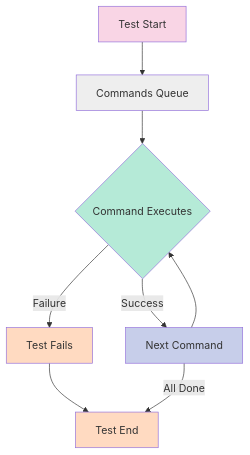
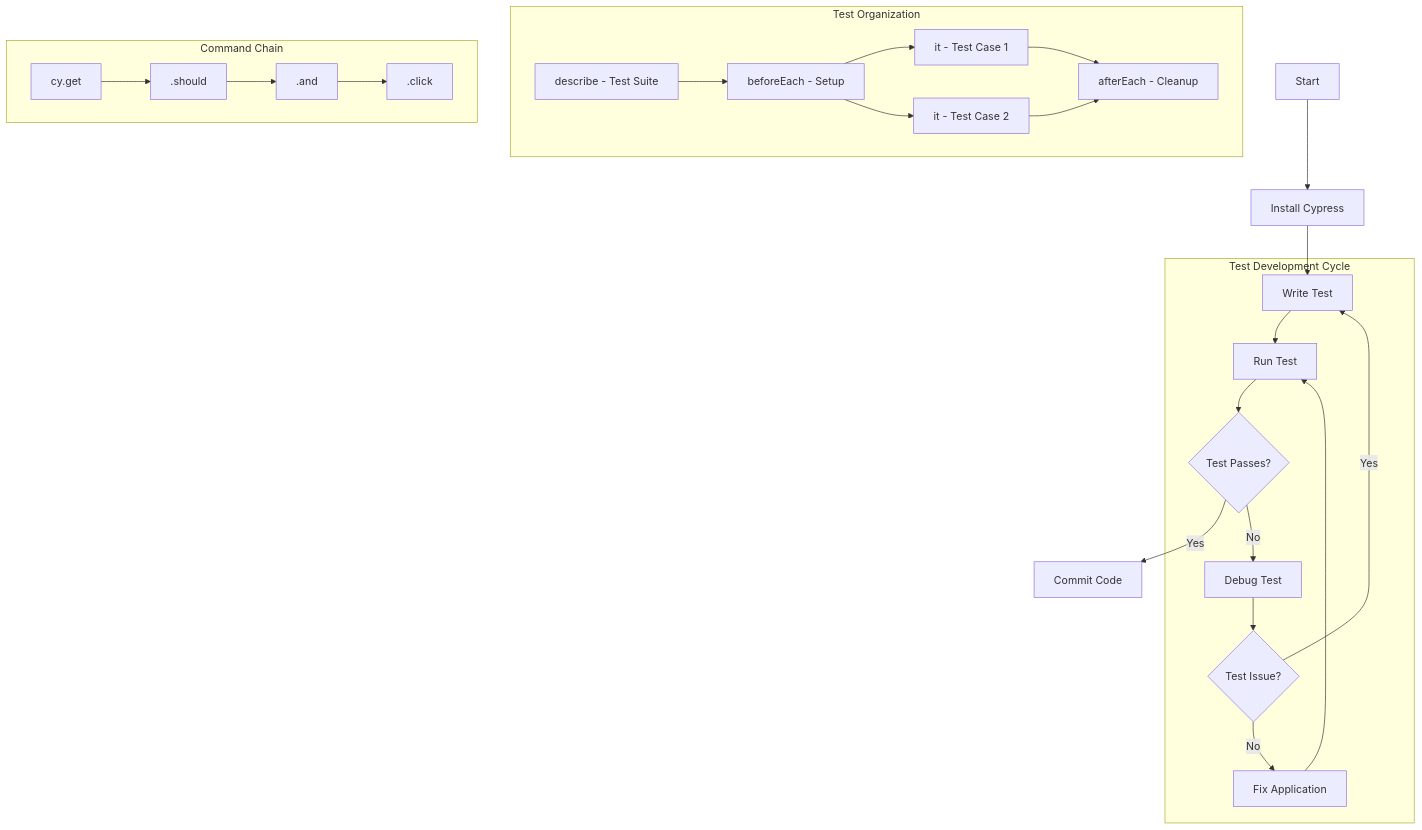
One commit to wahidyankf/oss changed the diagram in apps-standalone/ayokoding-web/content/en/learn/crash-courses/swe/stacks/automation/cypress/basics.md. Above: the diagram before and after it, drawn with Mermaid. The commit also changed other lines of this file and 40 other files, not shown here.

````diff
--- a/apps-standalone/ayokoding-web/content/en/learn/crash-courses/swe/stacks/automation/cypress/basics.md
+++ b/apps-standalone/ayokoding-web/content/en/learn/crash-courses/swe/stacks/automation/cypress/basics.md
@@ -361,17 +506,38 @@
 ```mermaid
-flowchart TD
-    A[Test Start] --> B[Commands Queue]
-    B --> C{"Command Executes"}
-    C -->|Success| D[Next Command]
-    C -->|Failure| E[Test Fails]
-    D --> C
-    E --> F[Test End]
-    D -->|All Done| F
+graph TD
+    A[Start] --> B[Install Cypress]
+    B --> C[Write Test]
+    C --> D[Run Test]
+    D --> E{Test Passes?}
+    E -->|Yes| F[Commit Code]
+    E -->|No| G[Debug Test]
+    G --> H{Test Issue?}
+    H -->|Yes| C
+    H -->|No| I[Fix Application]
+    I --> D
 
-    style A fill:#f9d5e5
-    style B fill:#eeeeee
-    style C fill:#b5ead7
-    style D fill:#c7ceea
-    style E fill:#ffdac1
-    style F fill:#ffdac1
+    subgraph "Test Development Cycle"
+    C
+    D
+    E
+    G
+    H
+    I
+    end
+
+    subgraph "Test Organization"
+    J[describe - Test Suite]
+    J --> K[beforeEach - Setup]
+    K --> L[it - Test Case 1]
+    K --> M[it - Test Case 2]
+    L --> N[afterEach - Cleanup]
+    M --> N
+    end
+
+    subgraph "Command Chain"
+    O[cy.get]
+    O --> P[.should]
+    P --> Q[.and]
+    Q --> R[.click]
+    end
 ```
````
